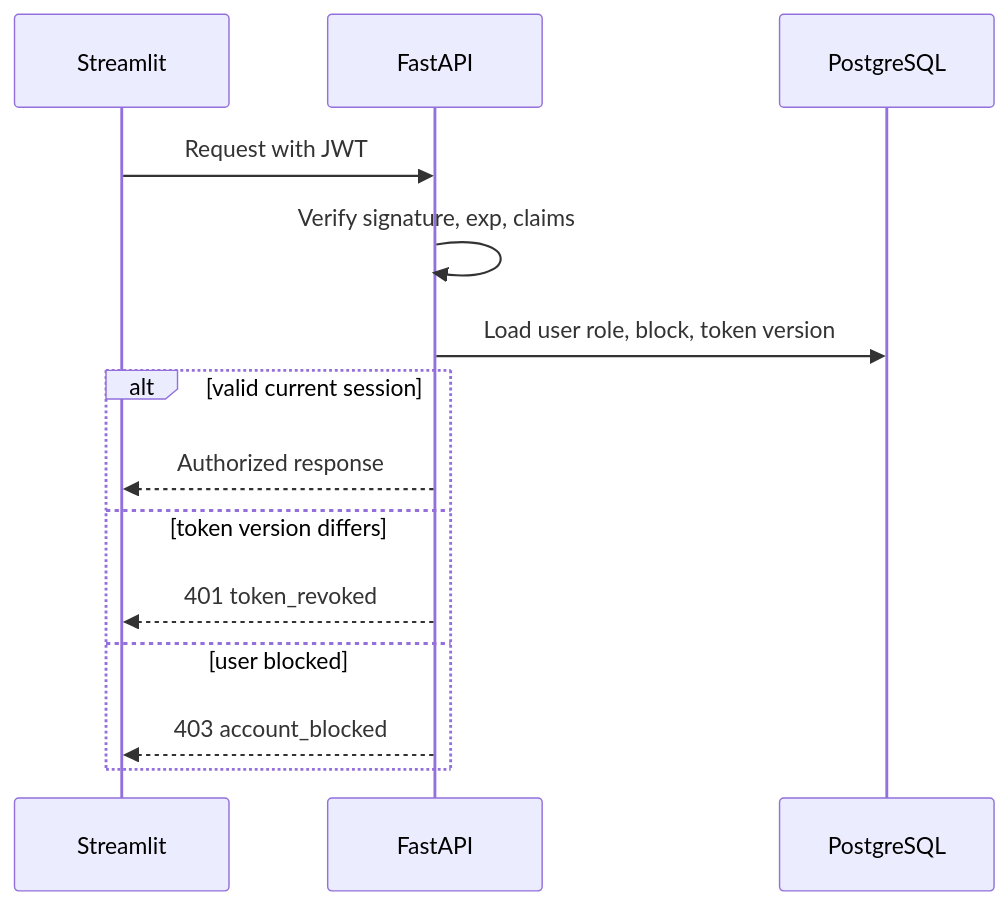
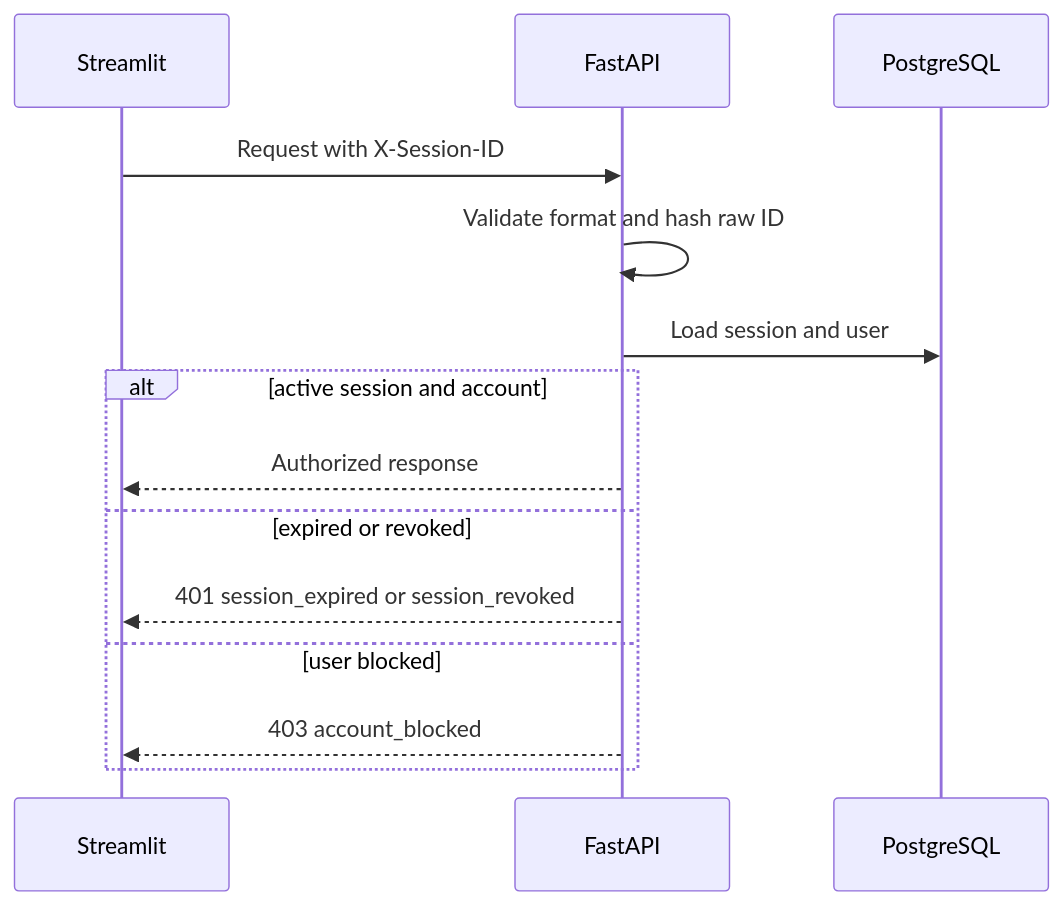
One commit to BigZet/AMLautosim changed the second of 5 diagrams in docs/security.md. Above: the diagram before and after it, drawn with Mermaid. The commit also changed other lines of this file and 179 other files, not shown here.

````diff
--- a/docs/security.md
+++ b/docs/security.md
@@ -113,17 +115,17 @@
 ```mermaid
 sequenceDiagram
     participant S as Streamlit
     participant A as FastAPI
     participant D as PostgreSQL
 
-    S->>A: Request with JWT
-    A->>A: Verify signature, exp, claims
-    A->>D: Load user role, block, token version
-    alt valid current session
+    S->>A: Request with X-Session-ID
+    A->>A: Validate format and hash raw ID
+    A->>D: Load session and user
+    alt active session and account
         A-->>S: Authorized response
-    else token version differs
-        A-->>S: 401 token_revoked
+    else expired or revoked
+        A-->>S: 401 session_expired or session_revoked
     else user blocked
         A-->>S: 403 account_blocked
     end
 ```
````
